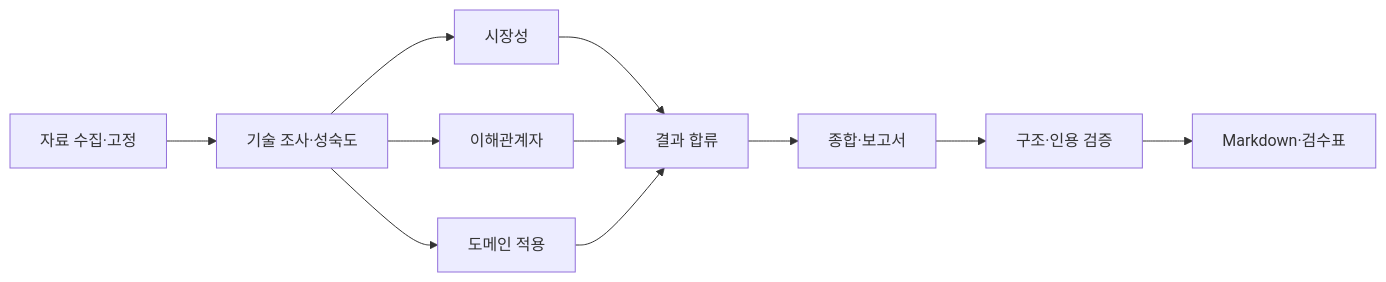
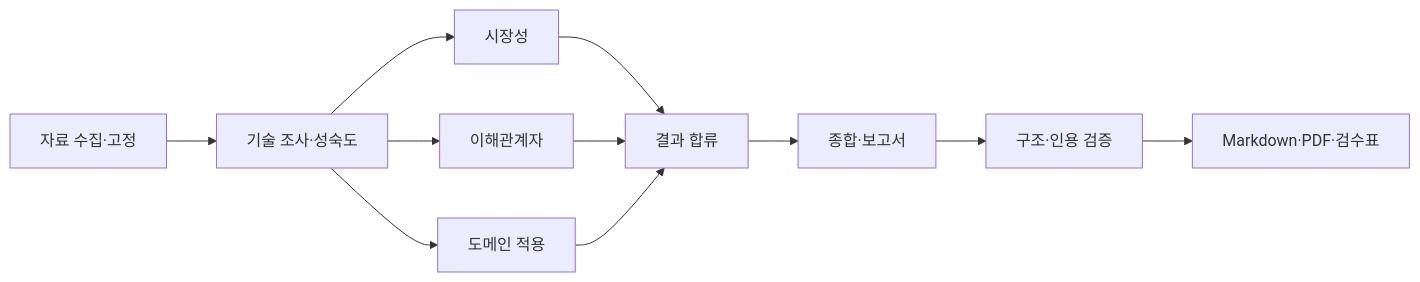
Before and after one commit to pbjuni1007-cmyk/skala-rag-project: the diagram in README.md, drawn with Mermaid. The commit also changed other lines of this file and 3 other files, not shown here.

````diff
--- a/README.md
+++ b/README.md
@@ -38,13 +38,13 @@
 ```mermaid
 flowchart LR
  P[자료 수집·고정] --> R[기술 조사·성숙도]
  R --> M[시장성]
  R --> S[이해관계자]
  R --> D[도메인 적용]
  M --> J[결과 합류]
  S --> J
  D --> J
  J --> Y[종합·보고서]
  Y --> V[구조·인용 검증]
- V --> O[Markdown·검수표]
+ V --> O[Markdown·PDF·검수표]
 ```
````
